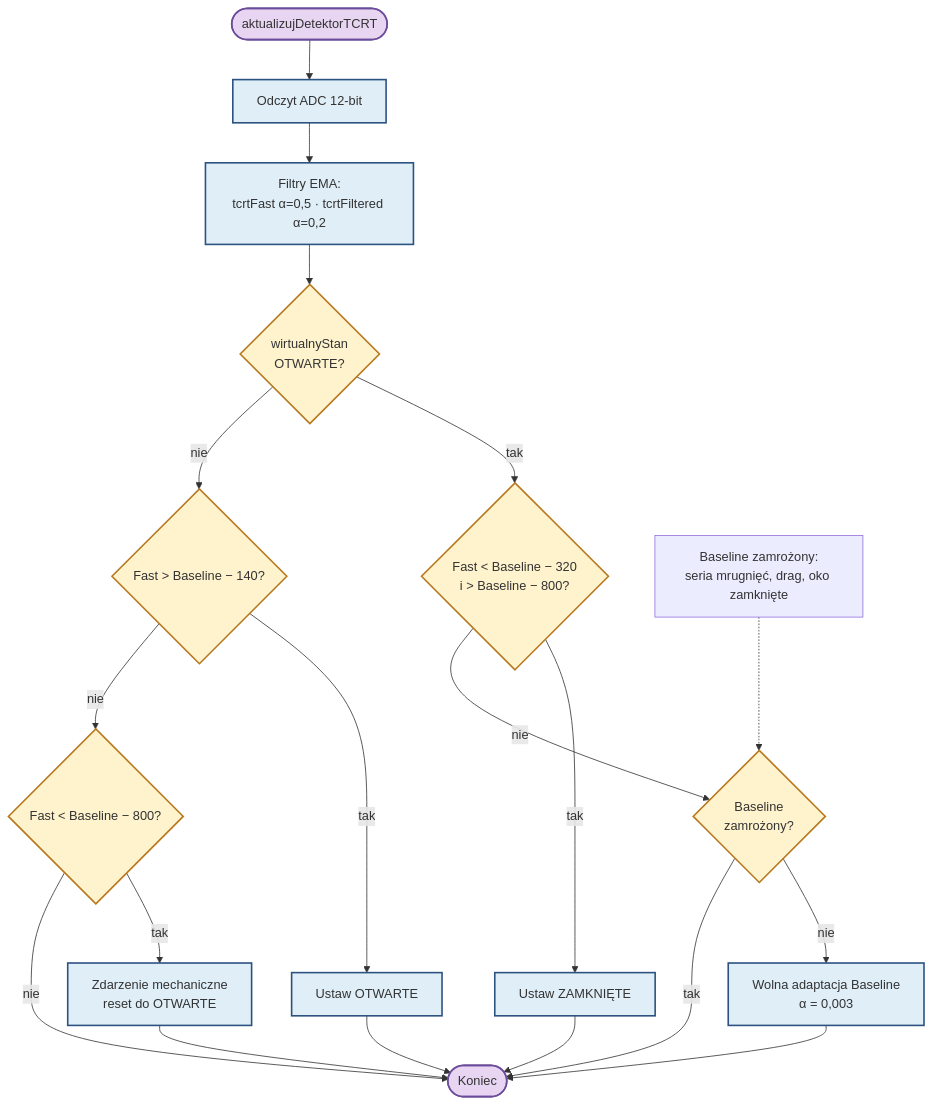
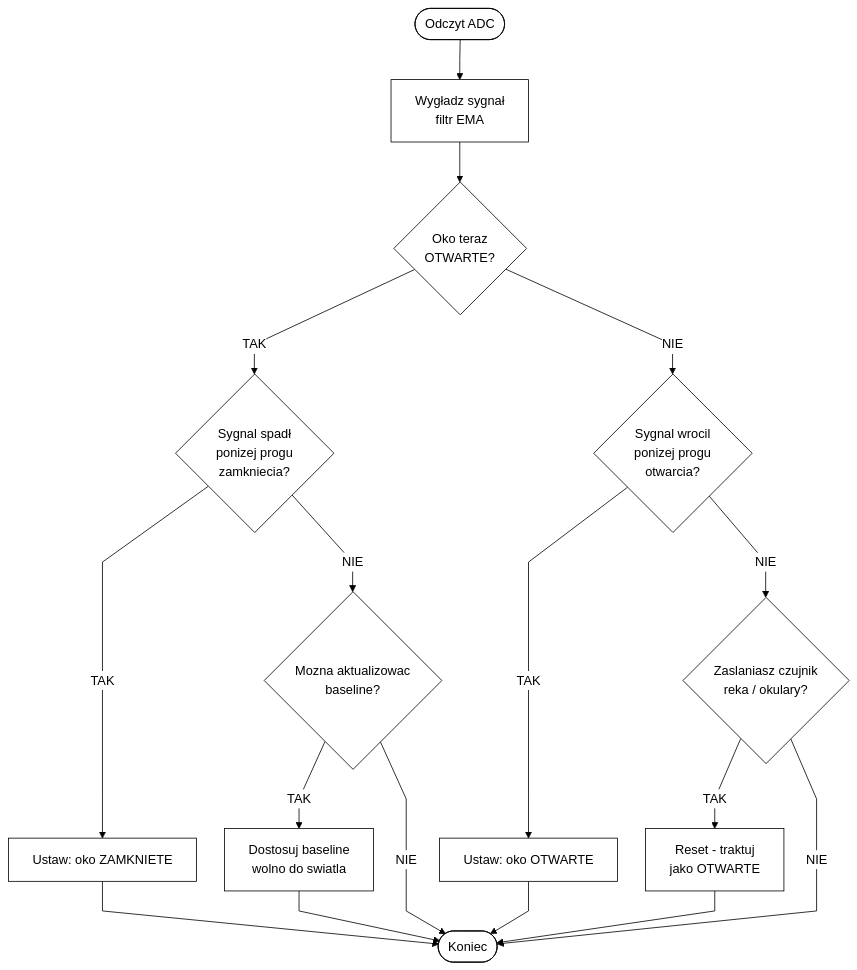
One commit to bartkadres-ai/HEFAS-4.0 changed the eighth of 11 diagrams in README.md. Above: the diagram before and after it, drawn with Mermaid. The commit also changed other lines of this file, not shown here.

````diff
--- a/README.md
+++ b/README.md
@@ -499,33 +447,20 @@
 ```mermaid
+%%{init: {'theme':'base','themeVariables':{'background':'#ffffff','mainBkg':'#ffffff','primaryColor':'#ffffff','primaryTextColor':'#000000','primaryBorderColor':'#000000','lineColor':'#000000','edgeLabelBackground':'#ffffff'},'flowchart':{'curve':'linear','nodeSpacing':35,'rankSpacing':50}}}%%
 flowchart TD
-    A([aktualizujDetektorTCRT]) --> ADC[Odczyt ADC 12-bit]
-    ADC --> EMA["Filtry EMA:<br/>tcrtFast α=0,5 · tcrtFiltered α=0,2"]
-
-    EMA --> OTW{wirtualnyStan<br/>OTWARTE?}
-
-    OTW -->|tak| TRIG{"Fast &lt; Baseline − 320<br/>i &gt; Baseline − 800?"}
-    TRIG -->|tak| ZAM[Ustaw ZAMKNIĘTE]
-    TRIG -->|nie| FRZ{Baseline<br/>zamrożony?}
-    FRZ -->|nie| ADAPT["Wolna adaptacja Baseline<br/>α = 0,003"]
-    FRZ -->|tak| KON
-
-    OTW -->|nie| REL{Fast &gt; Baseline − 140?}
-    REL -->|tak| OOTW[Ustaw OTWARTE]
-    REL -->|nie| MECH{Fast &lt; Baseline − 800?}
-    MECH -->|tak| MECHR["Zdarzenie mechaniczne<br/>reset do OTWARTE"]
-    MECH -->|nie| KON
-
-    ZAM --> KON([Koniec])
-    ADAPT --> KON
-    OOTW --> KON
-    MECHR --> KON
-
-    NOTE["Baseline zamrożony:<br/>seria mrugnięć, drag, oko zamknięte"] -.-> FRZ
-
-    classDef start fill:#e8d5f2,stroke:#6b4c9a,stroke-width:2px
-    classDef proc fill:#dfeef7,stroke:#2c5282,stroke-width:2px
-    classDef cond fill:#fff3cd,stroke:#b7791f,stroke-width:2px
-    class A,KON start
-    class ADC,EMA,ZAM,ADAPT,OOTW,MECHR proc
-    class OTW,TRIG,FRZ,REL,MECH cond
+    A([Odczyt ADC]) --> B[Wygładz sygnał<br/>filtr EMA]
+    B --> C{Oko teraz<br/>OTWARTE?}
+    C -->|TAK| D{Sygnal spadł<br/>ponizej progu<br/>zamkniecia?}
+    D -->|TAK| E[Ustaw: oko ZAMKNIETE]
+    D -->|NIE| F{Mozna aktualizowac<br/>baseline?}
+    F -->|TAK| G[Dostosuj baseline<br/>wolno do swiatla]
+    F -->|NIE| Z
+    C -->|NIE| H{Sygnal wrocil<br/>ponizej progu<br/>otwarcia?}
+    H -->|TAK| I[Ustaw: oko OTWARTE]
+    H -->|NIE| J{Zaslaniasz czujnik<br/>reka / okulary?}
+    J -->|TAK| K[Reset - traktuj<br/>jako OTWARTE]
+    J -->|NIE| Z
+    E --> Z([Koniec])
+    G --> Z
+    I --> Z
+    K --> Z
 ```
````
